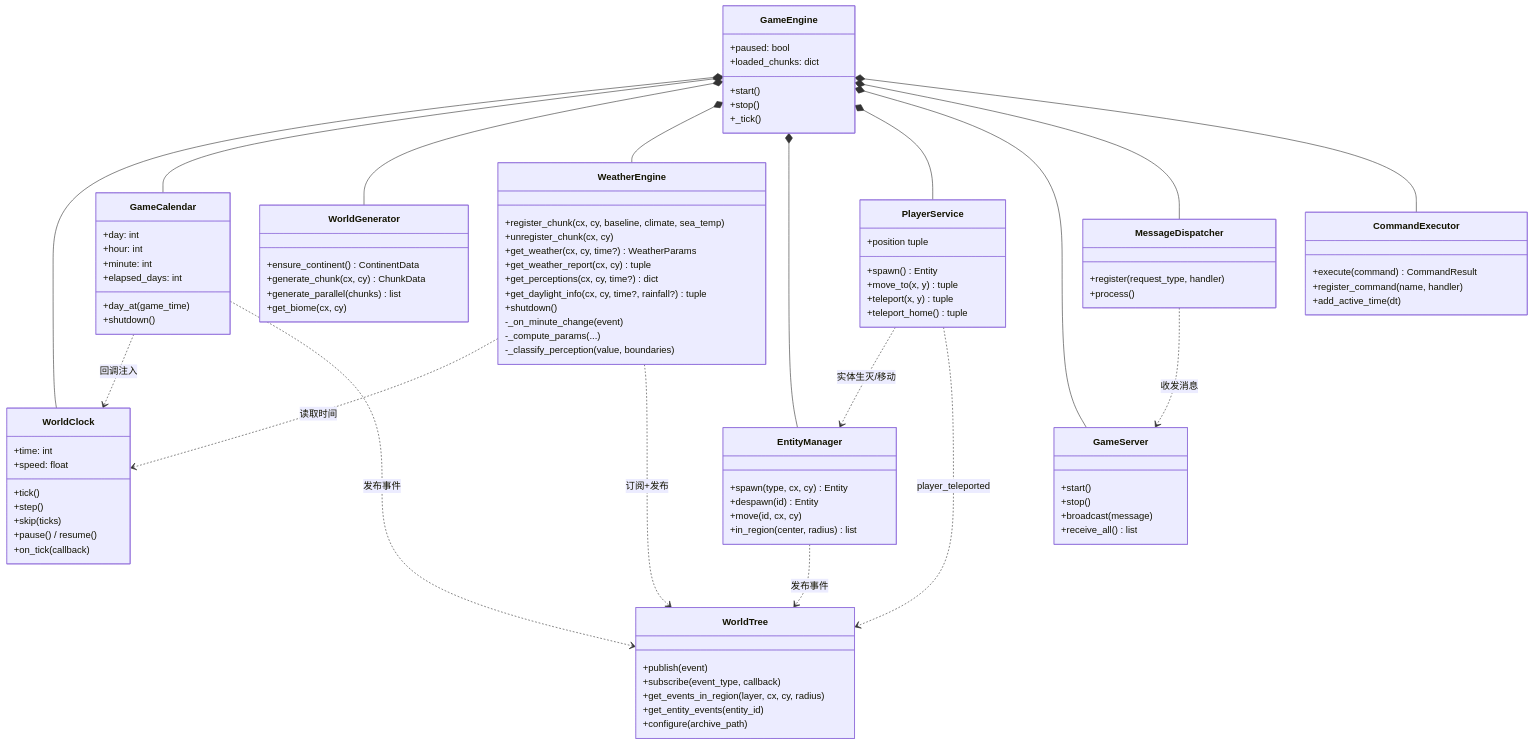
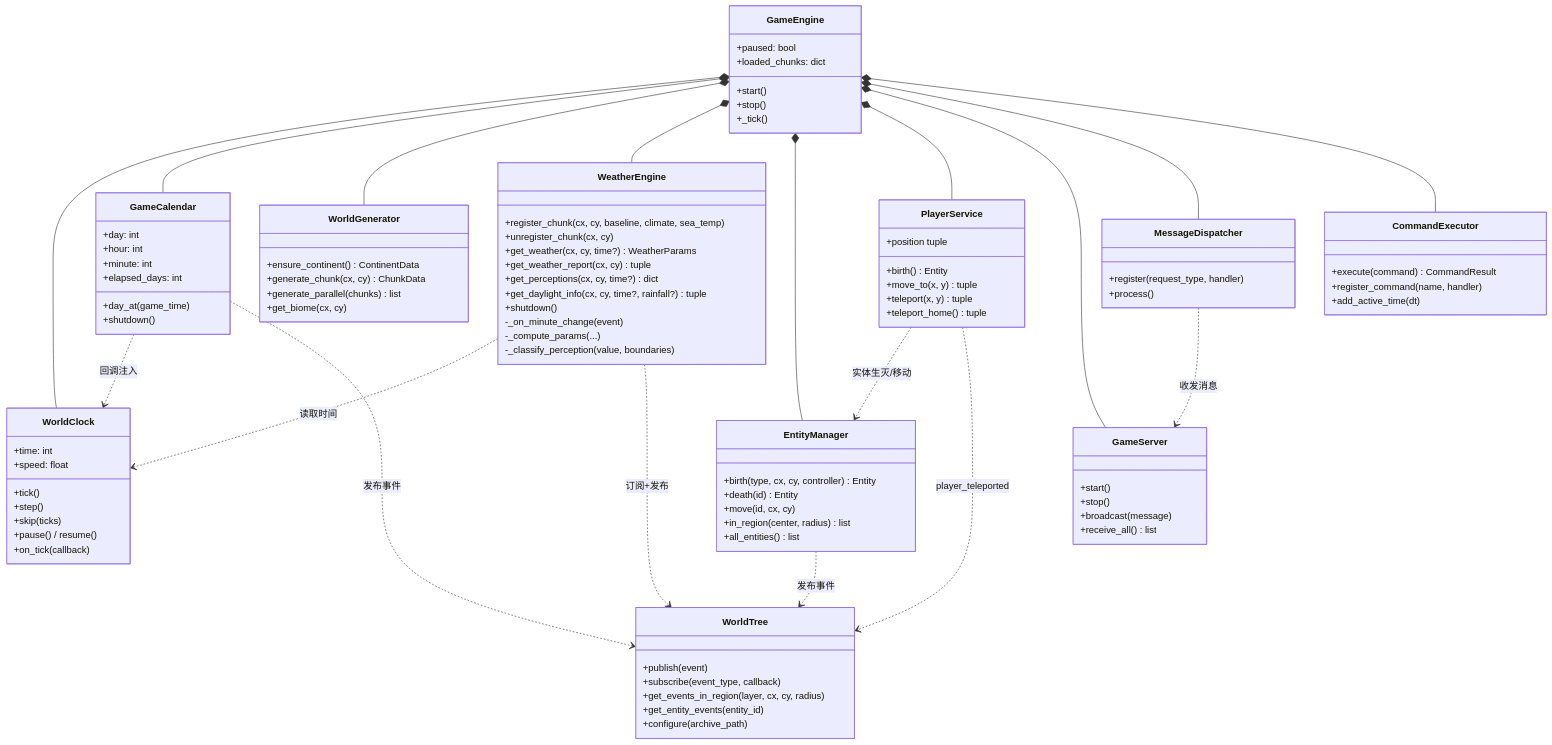
The sixth of 6 diagrams in docs/diagrams/architecture.md (Jedidiah-Zhang/Ascend), drawn with Mermaid before and after one commit. The commit also changed other lines of this file and 32 other files, not shown here.

```diff
--- a/docs/diagrams/architecture.md
+++ b/docs/diagrams/architecture.md
@@ -231,14 +232,15 @@
     }
 
     class EntityManager {
-        +spawn(type, cx, cy) Entity
-        +despawn(id) Entity
+        +birth(type, cx, cy, controller) Entity
+        +death(id) Entity
         +move(id, cx, cy)
         +in_region(center, radius) list
+        +all_entities() list
     }
 
     class PlayerService {
-        +spawn() Entity
+        +birth() Entity
         +position tuple
         +move_to(x, y) tuple
         +teleport(x, y) tuple
```
